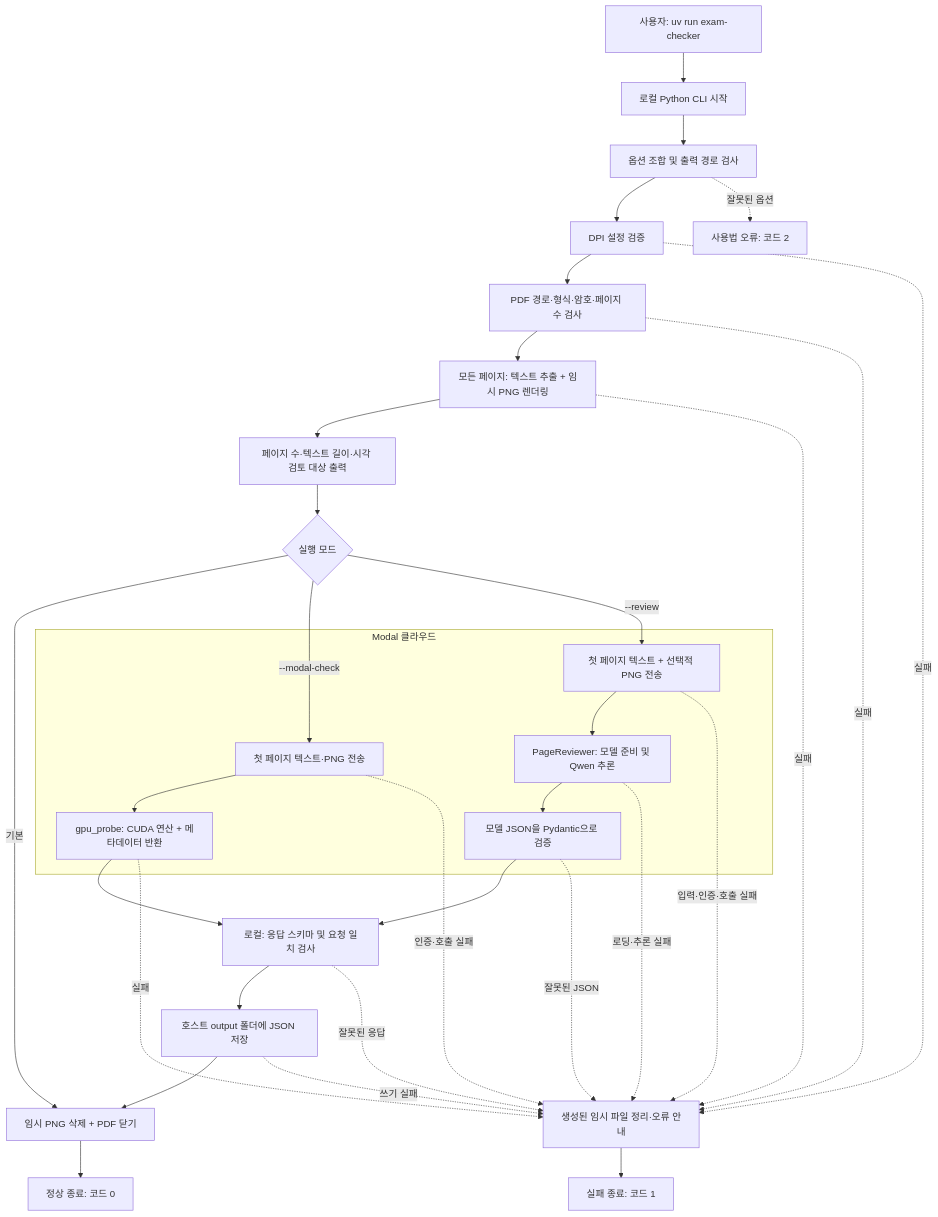
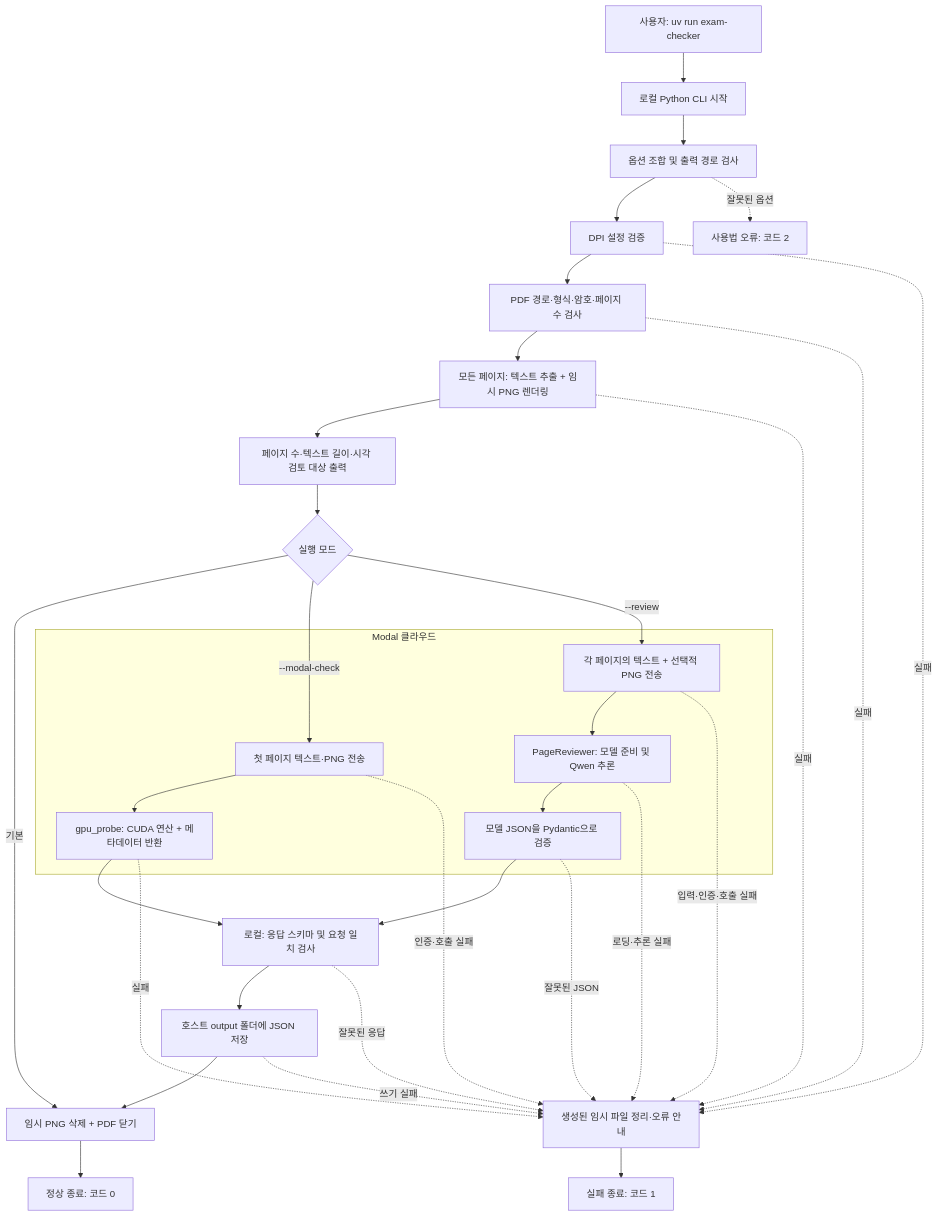
The first of 2 diagrams in docs/cli-flow.md (socratone/exam-review), drawn with Mermaid before and after one commit. The commit also changed other lines of this file and 7 other files, not shown here.

````diff
--- a/docs/cli-flow.md
+++ b/docs/cli-flow.md
@@ -33,38 +33,38 @@
 ```mermaid
 flowchart TD
     Start["사용자: uv run exam-checker"] --> Container["로컬 Python CLI 시작"]
     Container --> Args["옵션 조합 및 출력 경로 검사"]
     Args --> Config["DPI 설정 검증"]
     Config --> PDF["PDF 경로·형식·암호·페이지 수 검사"]
     PDF --> Preprocess["모든 페이지: 텍스트 추출 + 임시 PNG 렌더링"]
     Preprocess --> Summary["페이지 수·텍스트 길이·시각 검토 대상 출력"]
     Summary --> Mode{"실행 모드"}
     Mode -->|"기본"| Cleanup["임시 PNG 삭제 + PDF 닫기"]
     Mode -->|"--modal-check"| Probe["첫 페이지 텍스트·PNG 전송"]
-    Mode -->|"--review"| Payload["첫 페이지 텍스트 + 선택적 PNG 전송"]
+    Mode -->|"--review"| Payload["각 페이지의 텍스트 + 선택적 PNG 전송"]
 
     subgraph Cloud["Modal 클라우드"]
         Probe --> GPU["gpu_probe: CUDA 연산 + 메타데이터 반환"]
         Payload --> Reviewer["PageReviewer: 모델 준비 및 Qwen 추론"]
         Reviewer --> CloudSchema["모델 JSON을 Pydantic으로 검증"]
     end
 
     GPU --> Validate["로컬: 응답 스키마 및 요청 일치 검사"]
     CloudSchema --> Validate
     Validate --> Save["호스트 output 폴더에 JSON 저장"]
     Save --> Cleanup
     Cleanup --> Success["정상 종료: 코드 0"]
 
     Args -. "잘못된 옵션" .-> UsageError["사용법 오류: 코드 2"]
     Config -. "실패" .-> Error
     PDF -. "실패" .-> Error
     Preprocess -. "실패" .-> Error
     Probe -. "인증·호출 실패" .-> Error
     Payload -. "입력·인증·호출 실패" .-> Error
     GPU -. "실패" .-> Error
     Reviewer -. "로딩·추론 실패" .-> Error
     CloudSchema -. "잘못된 JSON" .-> Error
     Validate -. "잘못된 응답" .-> Error
     Save -. "쓰기 실패" .-> Error
     Error["생성된 임시 파일 정리·오류 안내"] --> Failure["실패 종료: 코드 1"]
 ```
````
